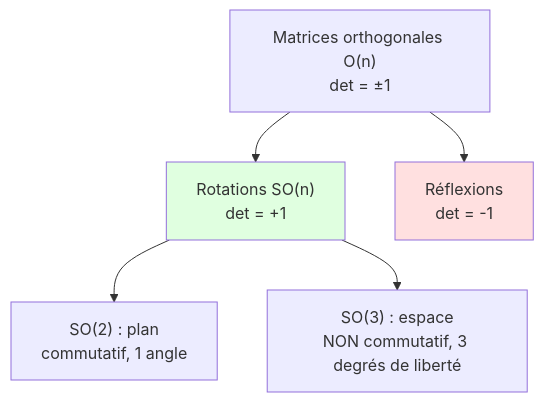
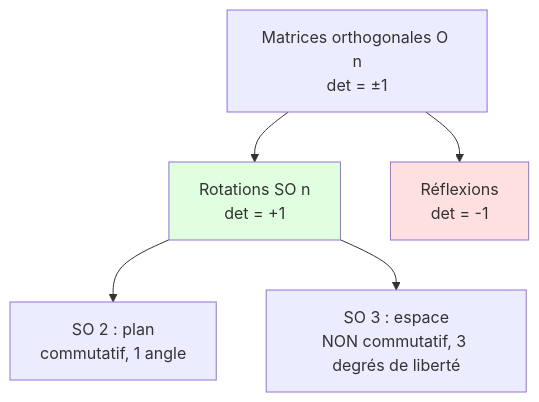
The third of 3 diagrams in chapitres/03-geometrie-analytique.md (tanguychenier/Mathematiques-pour-le-Machine-Learning), drawn with Mermaid before and after one commit. The commit also changed 6 other files, not shown here.

Commit message:
fix: repair Mermaid diagrams (drop function-call parens and asterisks from labels)

````diff
--- a/chapitres/03-geometrie-analytique.md
+++ b/chapitres/03-geometrie-analytique.md
@@ -1126,9 +1126,9 @@
 ```mermaid
 graph TD
-    O["Matrices orthogonales O(n)<br/>det = ±1"] --> S["Rotations SO(n)<br/>det = +1"]
+    O["Matrices orthogonales O n<br/>det = ±1"] --> S["Rotations SO n<br/>det = +1"]
     O --> R["Réflexions<br/>det = -1"]
-    S --> S2["SO(2) : plan<br/>commutatif, 1 angle"]
-    S --> S3["SO(3) : espace<br/>NON commutatif, 3 degrés de liberté"]
+    S --> S2["SO 2 : plan<br/>commutatif, 1 angle"]
+    S --> S3["SO 3 : espace<br/>NON commutatif, 3 degrés de liberté"]
     style S fill:#e0ffe0
     style R fill:#ffe0e0
 ```
````
